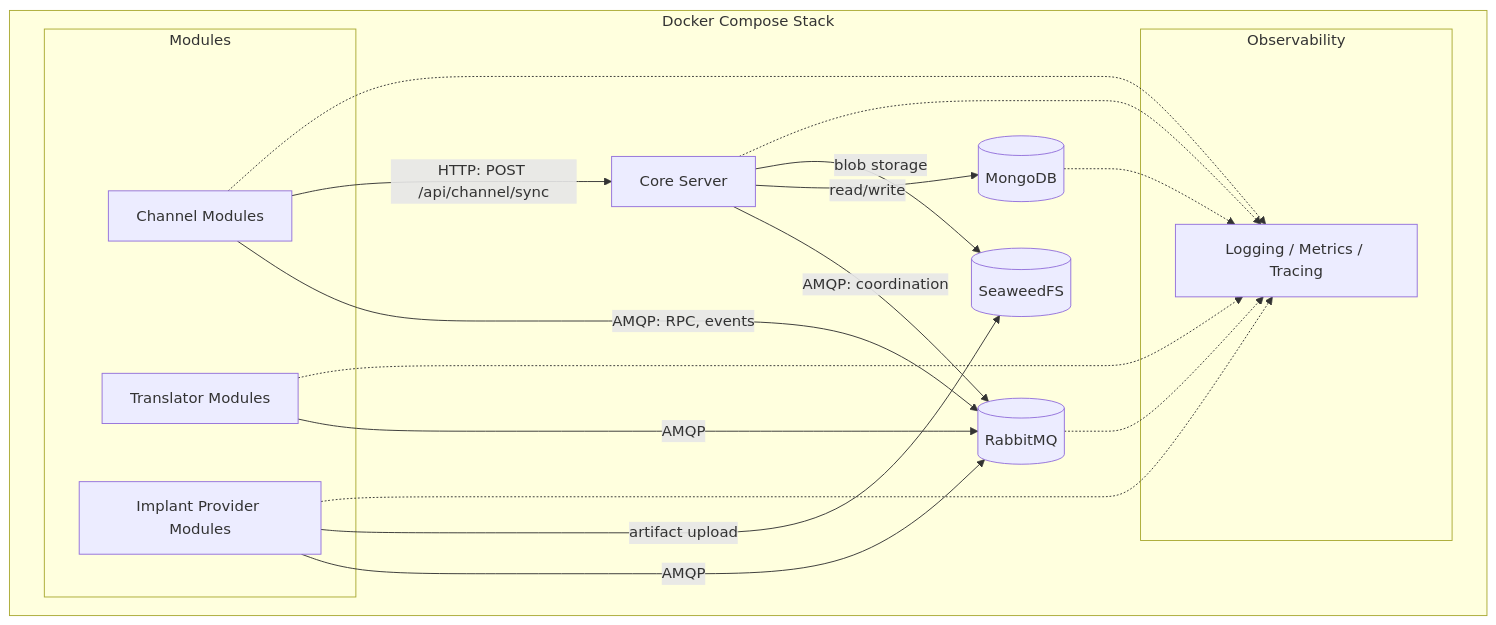
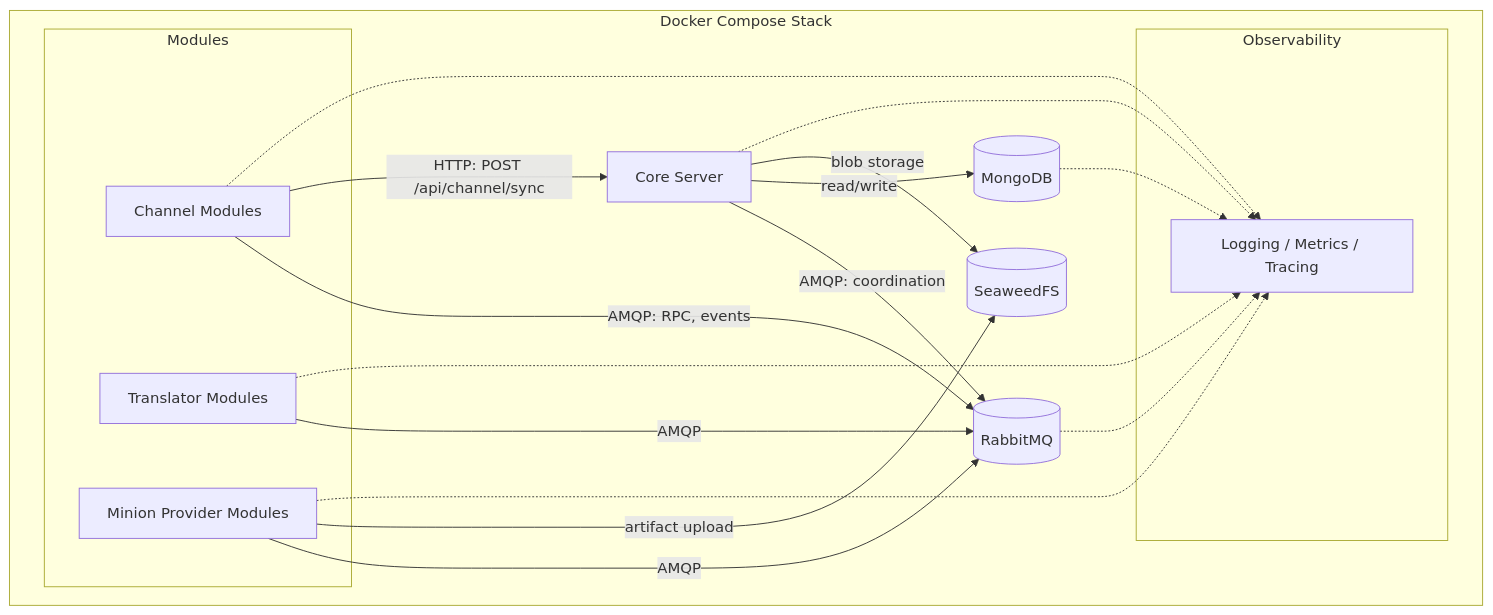
The diagram in src/content/docs/core-infrastructure.md (vibe-c2/vibe-c2-docs), drawn with Mermaid before and after one commit. The commit also changed other lines of this file and 2 other files, not shown here.

Commit message:
docs: update architecture, core-infrastructure, and tech-requirements

````diff
--- a/src/content/docs/core-infrastructure.md
+++ b/src/content/docs/core-infrastructure.md
@@ -11,37 +11,37 @@
 ```mermaid
 graph TD
     subgraph compose["Docker Compose Stack"]
         CS[Core Server]
         RMQ[(RabbitMQ)]
         DB[(MongoDB)]
         SFS[(SeaweedFS)]
 
         subgraph modules["Modules"]
             CH[Channel Modules]
             TR[Translator Modules]
-            IP[Implant Provider Modules]
+            IP[Minion Provider Modules]
         end
 
         subgraph obs["Observability"]
             OBS[Logging / Metrics / Tracing]
         end
     end
 
     CH -- "AMQP: RPC, events" --> RMQ
     TR -- "AMQP" --> RMQ
     IP -- "AMQP" --> RMQ
     CS -- "AMQP: coordination" --> RMQ
 
     CH -- "HTTP: POST /api/channel/sync" --> CS
 
     CS -- "read/write" --> DB
     CS -- "blob storage" --> SFS
     IP -- "artifact upload" --> SFS
 
     CS -.-> OBS
     CH -.-> OBS
     TR -.-> OBS
     IP -.-> OBS
     RMQ -.-> OBS
     DB -.-> OBS
 ```
````
